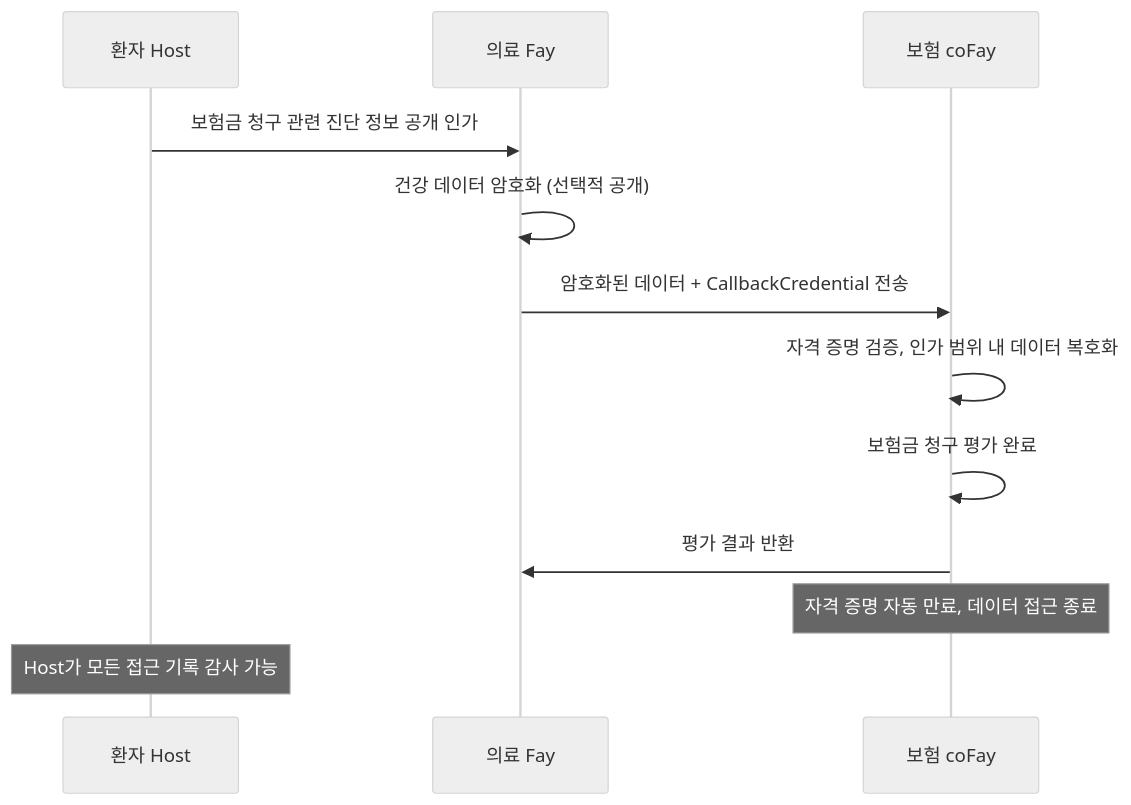
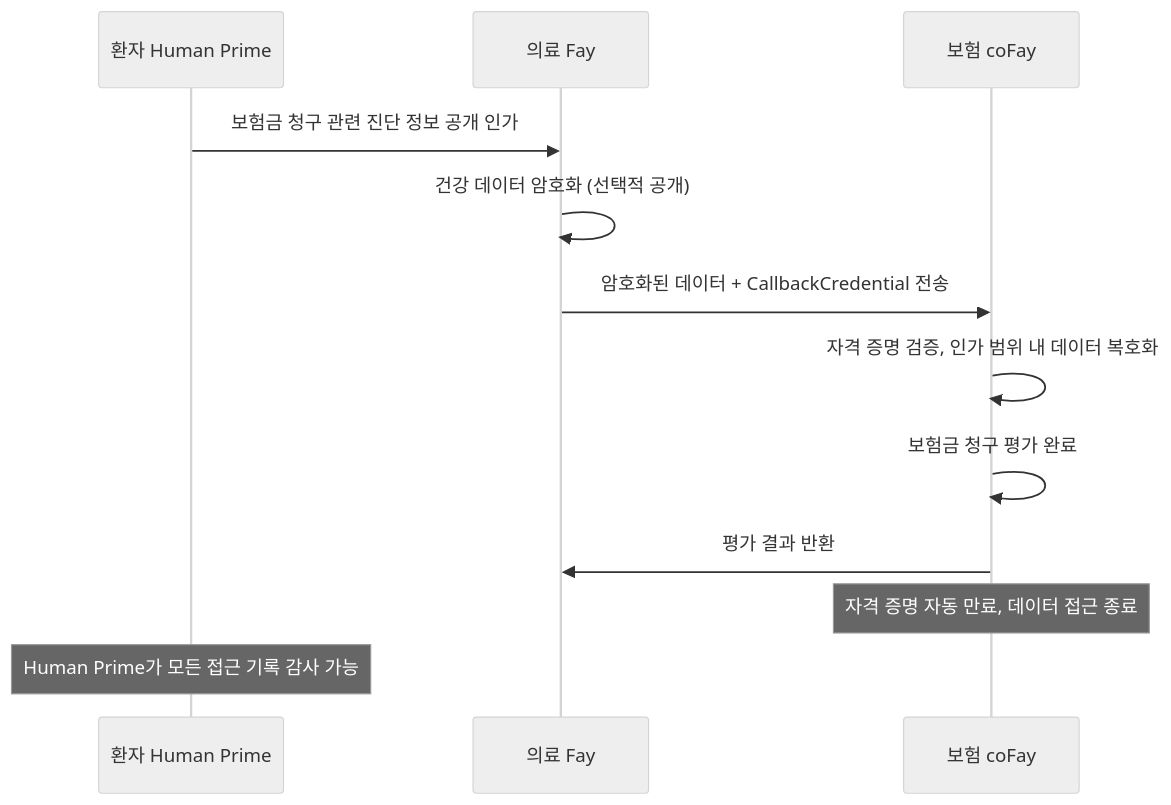
One commit to ChainModePilot/Telepathy-Protocol changed the first of 5 diagrams in docs/ko/blueprint/4-응용 시나리오.md. Above: the diagram before and after it, drawn with Mermaid (neutral theme). The commit also changed other lines of this file and 68 other files, not shown here.

First line of the commit message:
Use 'Human Prime' instead of 'Host' in blueprints

````diff
--- a/docs/ko/blueprint/4-응용 시나리오.md
+++ b/docs/ko/blueprint/4-응용 시나리오.md
@@ -19,15 +19,15 @@
 ```mermaid
 sequenceDiagram
-    participant H as 환자 Host
+    participant H as 환자 Human Prime
     participant MF as 의료 Fay
     participant IF as 보험 coFay
 
     H->>MF: 보험금 청구 관련 진단 정보 공개 인가
     MF->>MF: 건강 데이터 암호화 (선택적 공개)
     MF->>IF: 암호화된 데이터 + CallbackCredential 전송
     IF->>IF: 자격 증명 검증, 인가 범위 내 데이터 복호화
     IF->>IF: 보험금 청구 평가 완료
     IF->>MF: 평가 결과 반환
     Note over IF: 자격 증명 자동 만료, 데이터 접근 종료
-    Note over H: Host가 모든 접근 기록 감사 가능
+    Note over H: Human Prime가 모든 접근 기록 감사 가능
 ```
````
